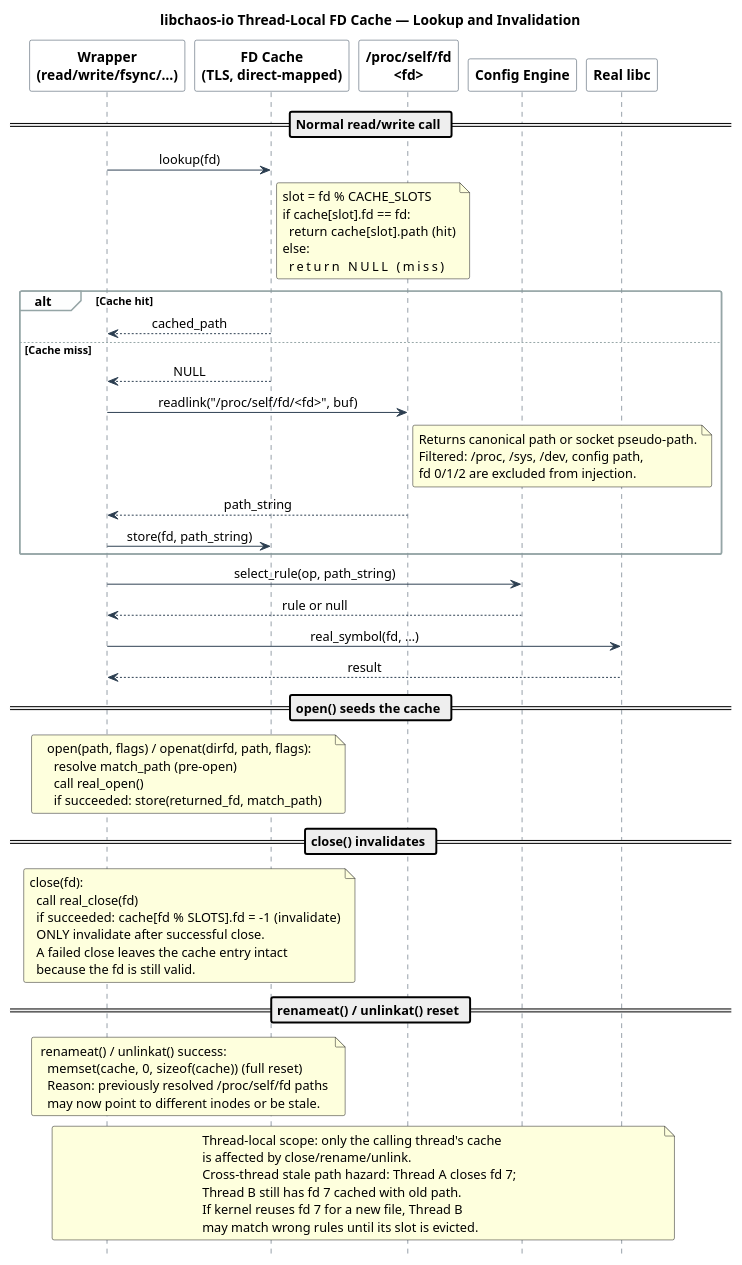
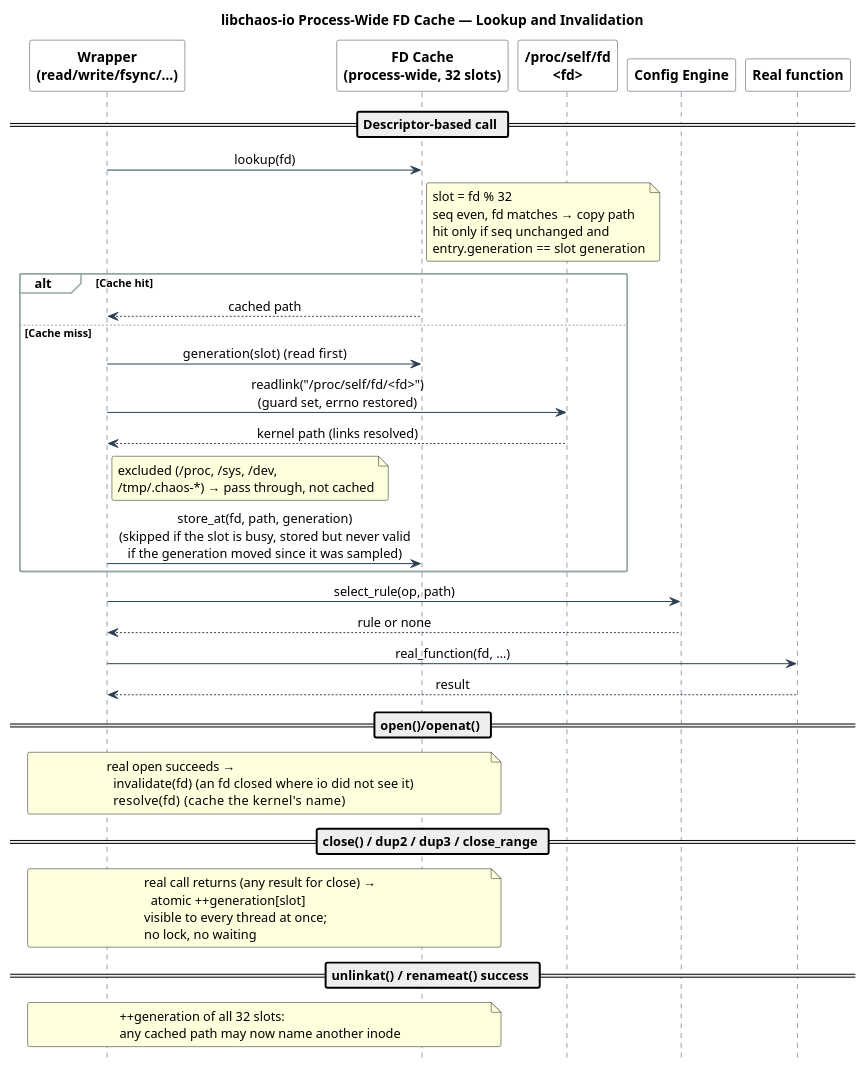
One commit to macstab/macstab-chaos-testing-libraries changed the third of 3 diagrams in docs/ARCHITECTURE.md. Above: the diagram before and after it, drawn with PlantUML. The commit also changed other lines of this file and 324 other files, not shown here.

First line of the commit message:
feat: SECCOMP injection mode (chaos-init), review fixes, full coverage (#33)

````diff
--- a/docs/ARCHITECTURE.md
+++ b/docs/ARCHITECTURE.md
@@ -322,6 +559,6 @@
 ```plantuml
 @startuml fdcache
-title libchaos-io Thread-Local FD Cache — Lookup and Invalidation
+title libchaos-io Process-Wide FD Cache — Lookup and Invalidation
 
 skinparam sequenceMessageAlign center
 skinparam shadowing false
@@ -339,77 +576,61 @@
 hide footbox
 
 participant "Wrapper\n(read/write/fsync/…)" as Wrap
-participant "FD Cache\n(TLS, direct-mapped)" as Cache
+participant "FD Cache\n(process-wide, 32 slots)" as Cache
 participant "/proc/self/fd\n<fd>" as Proc
 participant "Config Engine" as Config
-participant "Real libc" as Real
+participant "Real function" as Real
 
-== Normal read/write call ==
+== Descriptor-based call ==
 
 Wrap -> Cache : lookup(fd)
 note right of Cache
-  slot = fd % CACHE_SLOTS
-  if cache[slot].fd == fd:
-    return cache[slot].path  (hit)
-  else:
-    return NULL              (miss)
+  slot = fd % 32
+  seq even, fd matches → copy path
+  hit only if seq unchanged and
+  entry.generation == slot generation
 end note
 
 alt Cache hit
-  Cache --> Wrap : cached_path
+  Cache --> Wrap : cached path
 else Cache miss
-  Cache --> Wrap : NULL
-  Wrap -> Proc : readlink("/proc/self/fd/<fd>", buf)
-  note right of Proc
-    Returns canonical path or socket pseudo-path.
-    Filtered: /proc, /sys, /dev, config path,
-    fd 0/1/2 are excluded from injection.
+  Wrap -> Cache : generation(slot)  (read first)
+  Wrap -> Proc : readlink("/proc/self/fd/<fd>")\n(guard set, errno restored)
+  Proc --> Wrap : kernel path (links resolved)
+  note right of Wrap
+    excluded (/proc, /sys, /dev,
+    /tmp/.chaos-*) → pass through, not cached
   end note
-  Proc --> Wrap : path_string
-  Wrap -> Cache : store(fd, path_string)
+  Wrap -> Cache : store_at(fd, path, generation)\n(skipped if the slot is busy, stored but never valid\nif the generation moved since it was sampled)
 end
 
-Wrap -> Config : select_rule(op, path_string)
-Config --> Wrap : rule or null
-Wrap -> Real : real_symbol(fd, …)
+Wrap -> Config : select_rule(op, path)
+Config --> Wrap : rule or none
+Wrap -> Real : real_function(fd, …)
 Real --> Wrap : result
 
-== open() seeds the cache ==
+== open()/openat() ==
 
 note over Wrap, Cache
-  open(path, flags) / openat(dirfd, path, flags):
-    resolve match_path (pre-open)
-    call real_open()
-    if succeeded: store(returned_fd, match_path)
+  real open succeeds →
+    invalidate(fd)  (an fd closed where io did not see it)
+    resolve(fd)     (cache the kernel's name)
 end note
 
-== close() invalidates ==
+== close() / dup2 / dup3 / close_range ==
 
 note over Wrap, Cache
-  close(fd):
-    call real_close(fd)
-    if succeeded: cache[fd % SLOTS].fd = -1  (invalidate)
-    ONLY invalidate after successful close.
-    A failed close leaves the cache entry intact
-    because the fd is still valid.
+  real call returns (any result for close) →
+    atomic ++generation[slot]
+  visible to every thread at once;
+  no lock, no waiting
 end note
 
-== renameat() / unlinkat() reset ==
+== unlinkat() / renameat() success ==
 
 note over Wrap, Cache
-  renameat() / unlinkat() success:
-    memset(cache, 0, sizeof(cache))  (full reset)
-    Reason: previously resolved /proc/self/fd paths
-    may now point to different inodes or be stale.
-end note
-
-note across
-  Thread-local scope: only the calling thread's cache
-  is affected by close/rename/unlink.
-  Cross-thread stale path hazard: Thread A closes fd 7;
-  Thread B still has fd 7 cached with old path.
-  If kernel reuses fd 7 for a new file, Thread B
-  may match wrong rules until its slot is evicted.
+  ++generation of all 32 slots:
+  any cached path may now name another inode
 end note
 
 @enduml
````
